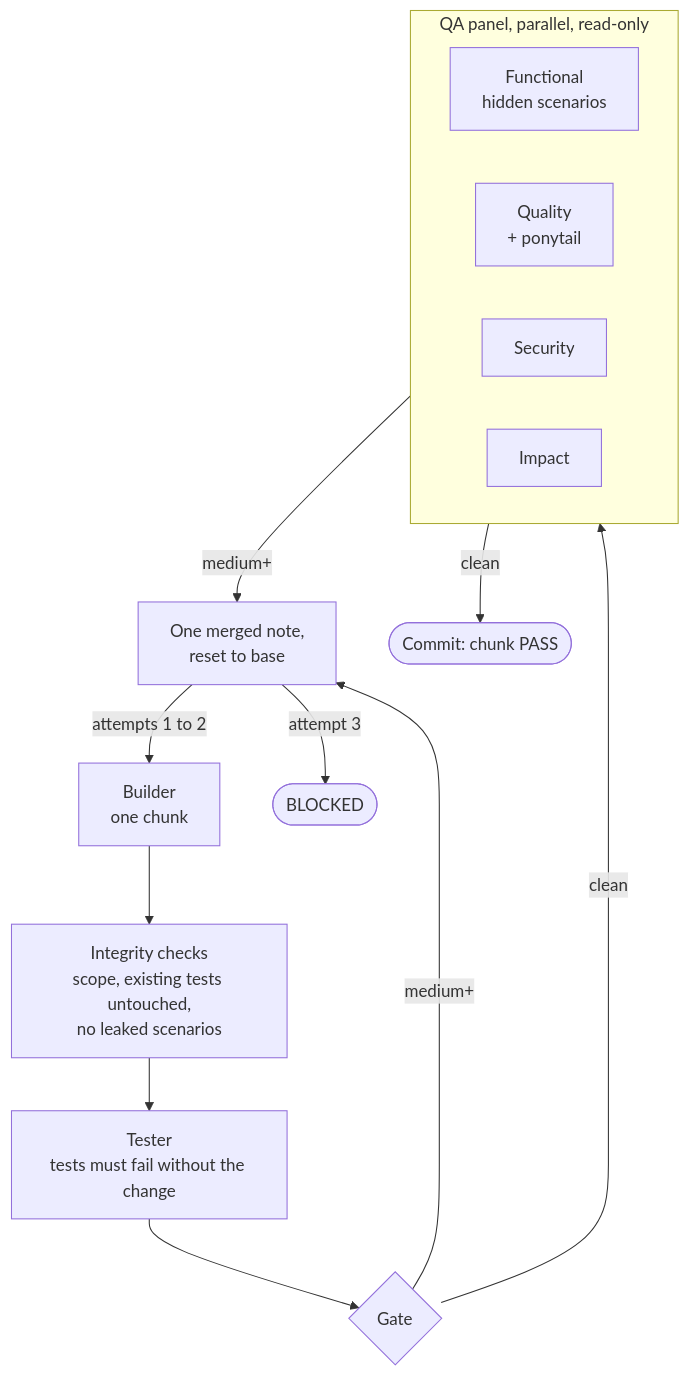
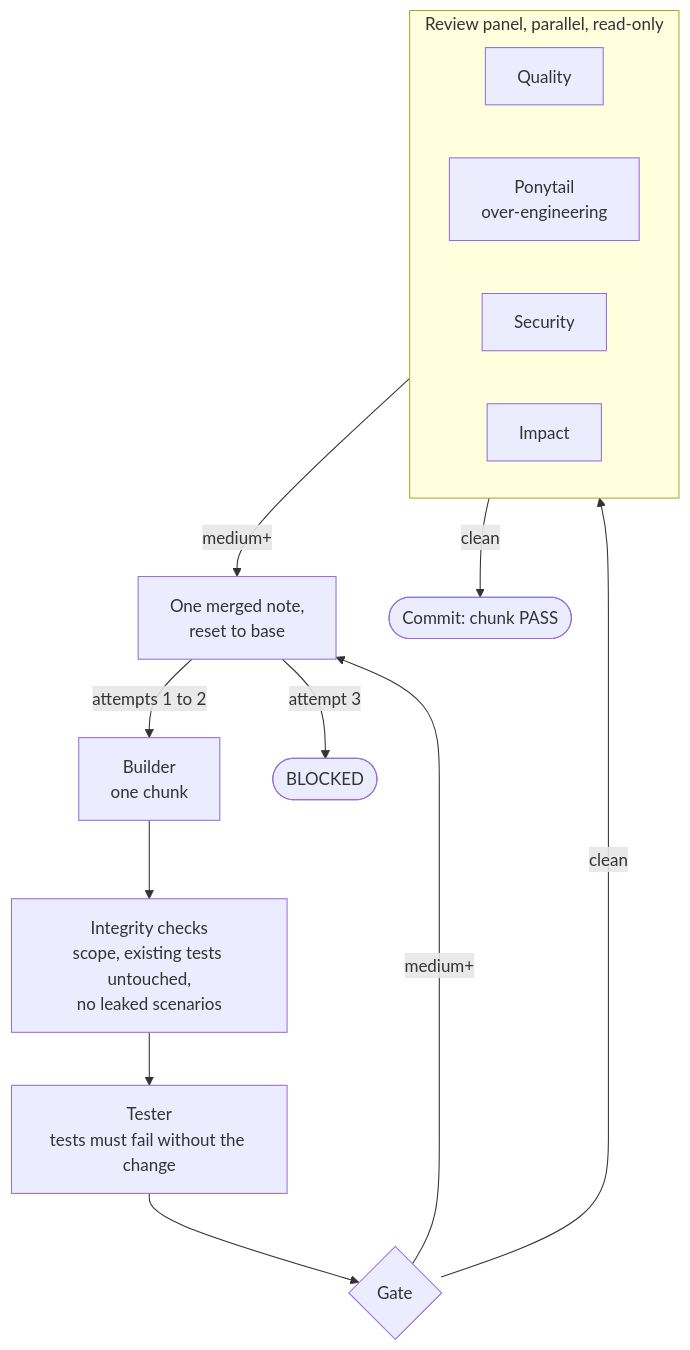
The second of 2 diagrams in README.md (Hafiz408/dark-factory), drawn with Mermaid before and after one commit. The commit also changed other lines of this file and 10 other files, not shown here.

Commit message:
feat(review): review must pass before QA - ponytail and goal lenses, review and qa stages, caps, pause before QA

````diff
--- a/README.md
+++ b/README.md
@@ -61,19 +66,19 @@
 ```mermaid
 flowchart TD
     B[Builder<br/>one chunk] --> C[Integrity checks<br/>scope, existing tests untouched,<br/>no leaked scenarios]
     C --> T[Tester<br/>tests must fail without the change]
     T --> G{Gate}
     G -->|clean| Q
-    subgraph Q [QA panel, parallel, read-only]
+    subgraph Q [Review panel, parallel, read-only]
         direction LR
-        Q1[Functional<br/>hidden scenarios]
-        Q2[Quality<br/>+ ponytail]
+        Q1[Quality]
+        Q2[Ponytail<br/>over-engineering]
         Q3[Security]
         Q4[Impact]
     end
     G -->|medium+| N[One merged note,<br/>reset to base]
     Q -->|medium+| N
     Q -->|clean| D([Commit: chunk PASS])
     N -->|attempts 1 to 2| B
     N -->|attempt 3| X([BLOCKED])
 ```
````
